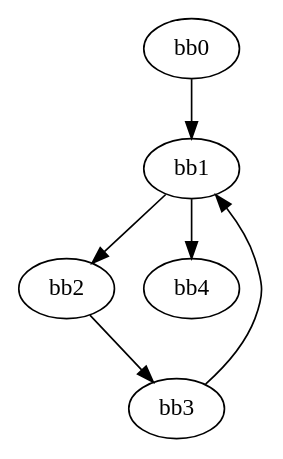
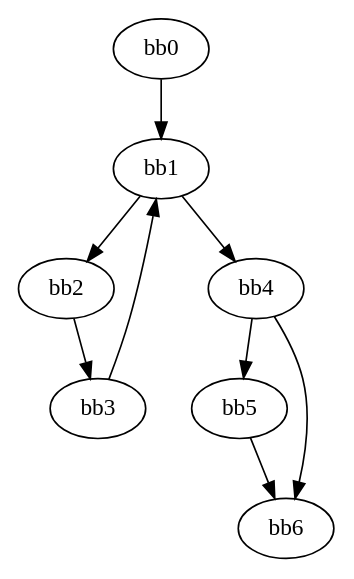
The diagram in workspace/correlation_ver2_axis/correlation_axis_ver2/SDRelease/_sds/.llvm/_px_cfg_main.dot (nguyencanhtrung/SDSoC), drawn with Graphviz before and after one commit. The commit also changed 6883 other files, not shown here.

Commit message:
Add v2: nodata flow Add v3: data flow - Stream FIFO = 252

```diff
--- a/workspace/correlation_ver2_axis/correlation_axis_ver2/SDRelease/_sds/.llvm/_px_cfg_main.dot
+++ b/workspace/correlation_ver2_axis/correlation_axis_ver2/SDRelease/_sds/.llvm/_px_cfg_main.dot
@@ -1,12 +1,17 @@
 digraph cfg {
 v0 [label = "bb0"];
 v1 [label = "bb1"];
 v2 [label = "bb2"];
 v3 [label = "bb3"];
 v4 [label = "bb4"];
+v5 [label = "bb5"];
+v6 [label = "bb6"];
 v0 -> v1;
 v1 -> v2;
 v1 -> v4;
 v2 -> v3;
 v3 -> v1;
+v4 -> v5;
+v4 -> v6;
+v5 -> v6;
 }
```
